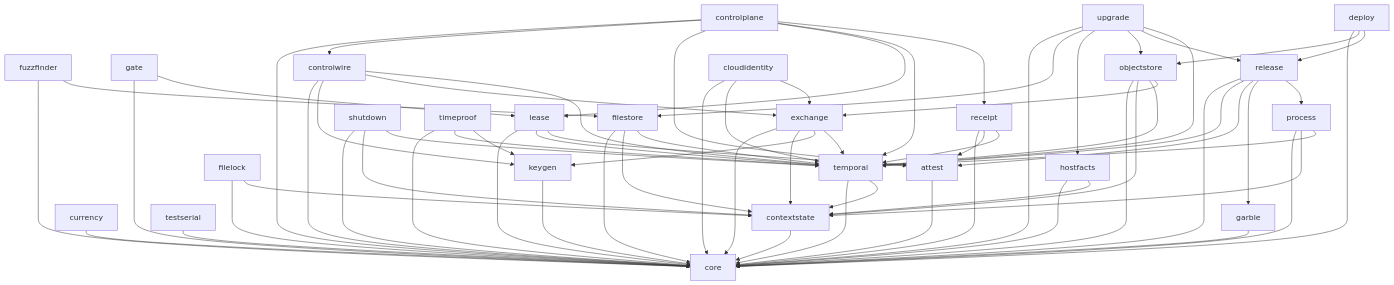
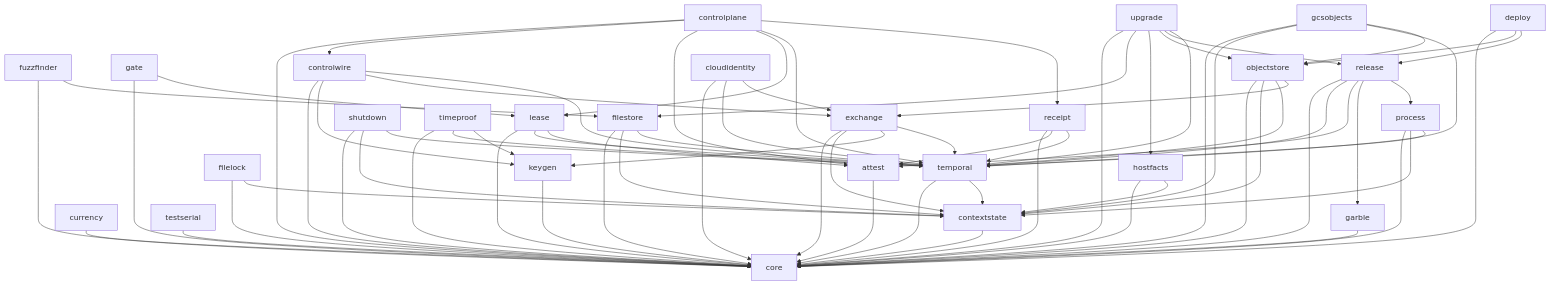
Before and after one commit to deliri/primitive: the diagram in README.md, drawn with Mermaid. The commit also changed 17 other files, not shown here.

````diff
--- a/README.md
+++ b/README.md
@@ -101,4 +101,9 @@
     upgrade --> objectstore
     upgrade --> release
     upgrade --> temporal
+
+    gcsobjects[gcsobjects] --> core
+    gcsobjects --> contextstate
+    gcsobjects --> temporal
+    gcsobjects --> objectstore
 ```
````
